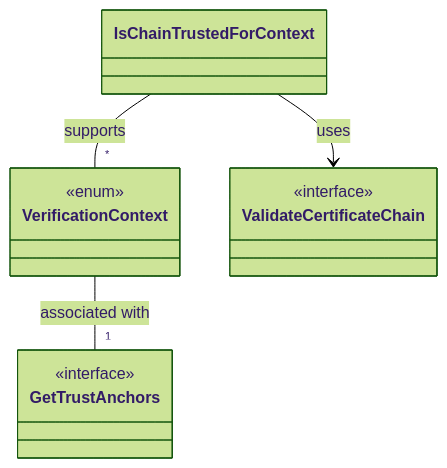
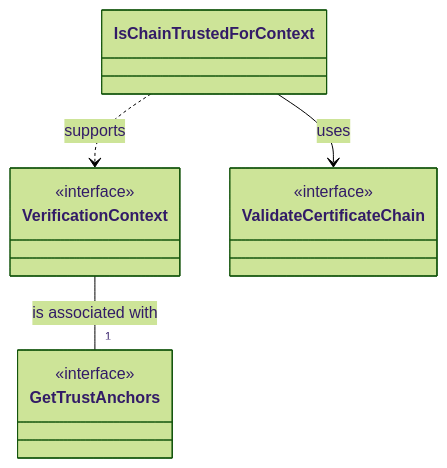
One commit to eu-digital-identity-wallet/eudi-lib-kmp-etsi-1196x2 changed the diagram in consultation/README.md. Above: the diagram before and after it, drawn with Mermaid (forest theme). The commit also changed other lines of this file, not shown here.

Commit message:
Update `README.md` to refine `VerificationContext` and `ValidateCertificateChain` details, enhance diagram structure, and add additional context examples

````diff
--- a/consultation/README.md
+++ b/consultation/README.md
@@ -9,14 +9,14 @@
 ```mermaid
 classDiagram
-    class IsChainTrustedForContext 
-    class VerificationContext 
-    class ValidateCertificateChain 
+    class IsChainTrustedForContext
+    class VerificationContext
+    <<interface>> VerificationContext
+    class ValidateCertificateChain
+    <<interface>> ValidateCertificateChain
     class GetTrustAnchors
     <<interface>> GetTrustAnchors
-    <<interface>> ValidateCertificateChain
-    <<enum>> VerificationContext
-    IsChainTrustedForContext -- "*" VerificationContext : supports
-    IsChainTrustedForContext --> ValidateCertificateChain: uses
-    VerificationContext -- "1" GetTrustAnchors: associated with
-        
+
+    IsChainTrustedForContext --> ValidateCertificateChain : uses
+    IsChainTrustedForContext ..> VerificationContext : supports
+    VerificationContext -- "1" GetTrustAnchors : is associated with
 ```
````
